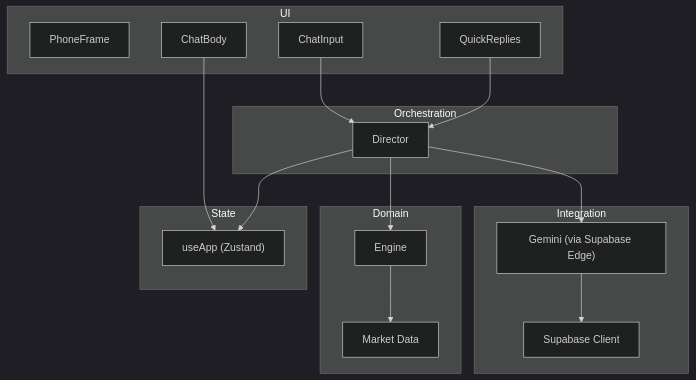
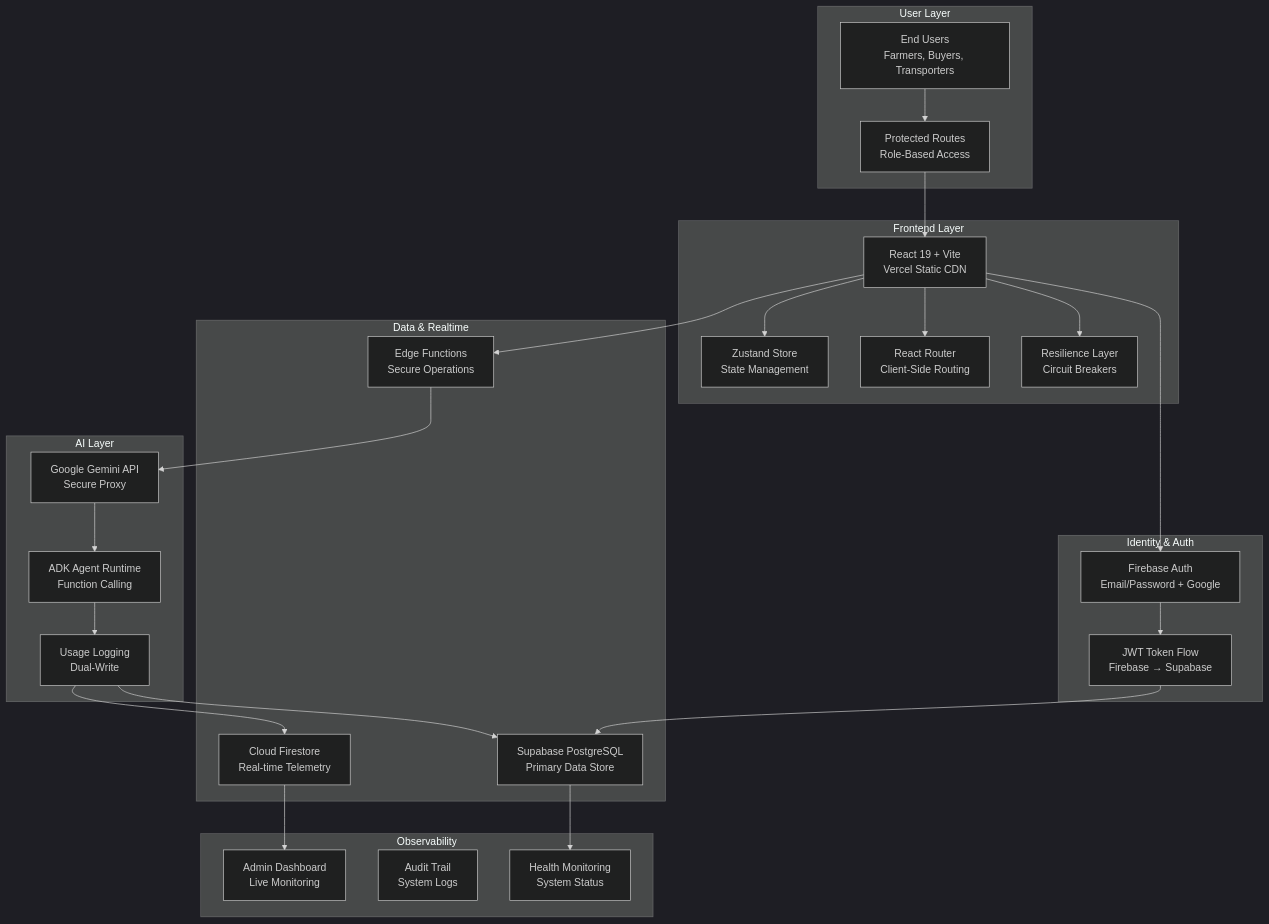
Before and after one commit to MudassarAbrar/FreshRoute-Ai: the second of 10 diagrams in .qoder/repowiki/en/content/Architecture Overview/Architecture Overview.md, drawn with Mermaid (dark theme). The commit also changed other lines of this file and 10 other files, not shown here.

````diff
--- a/.qoder/repowiki/en/content/Architecture Overview/Architecture Overview.md
+++ b/.qoder/repowiki/en/content/Architecture Overview/Architecture Overview.md
@@ -119,31 +182,48 @@
 ```mermaid
 graph TB
-subgraph "UI"
-PF["PhoneFrame"]
-CB["ChatBody"]
-CI["ChatInput"]
-QR["QuickReplies"]
+subgraph "User Layer"
+UL["End Users<br/>Farmers, Buyers, Transporters"]
+PR["Protected Routes<br/>Role-Based Access"]
 end
-subgraph "State"
-ZA["useApp (Zustand)"]
+subgraph "Frontend Layer"
+FE["React 19 + Vite<br/>Vercel Static CDN"]
+ZA["Zustand Store<br/>State Management"]
+RT["React Router<br/>Client-Side Routing"]
+RL["Resilience Layer<br/>Circuit Breakers"]
 end
-subgraph "Orchestration"
-DR["Director"]
+subgraph "Identity & Auth"
+FA["Firebase Auth<br/>Email/Password + Google"]
+JWT["JWT Token Flow<br/>Firebase → Supabase"]
 end
-subgraph "Domain"
-EN["Engine"]
-MK["Market Data"]
+subgraph "Data & Realtime"
+SB["Supabase PostgreSQL<br/>Primary Data Store"]
+EF["Edge Functions<br/>Secure Operations"]
+FC["Cloud Firestore<br/>Real-time Telemetry"]
 end
-subgraph "Integration"
-GM["Gemini (via Supabase Edge)"]
-SB["Supabase Client"]
+subgraph "AI Layer"
+GF["Google Gemini API<br/>Secure Proxy"]
+ADK["ADK Agent Runtime<br/>Function Calling"]
+LOG["Usage Logging<br/>Dual-Write"]
 end
-CI --> DR
-QR --> DR
-CB --> ZA
-DR --> ZA
-DR --> EN
-EN --> MK
-DR --> GM
-GM --> SB
+subgraph "Observability"
+ADM["Admin Dashboard<br/>Live Monitoring"]
+AUD["Audit Trail<br/>System Logs"]
+MON["Health Monitoring<br/>System Status"]
+end
+UL --> PR
+PR --> FE
+FE --> ZA
+FE --> RT
+FE --> RL
+FE --> FA
+FA --> JWT
+JWT --> SB
+FE --> EF
+EF --> GF
+GF --> ADK
+ADK --> LOG
+LOG --> SB
+LOG --> FC
+FC --> ADM
+SB --> MON
 ```
````
